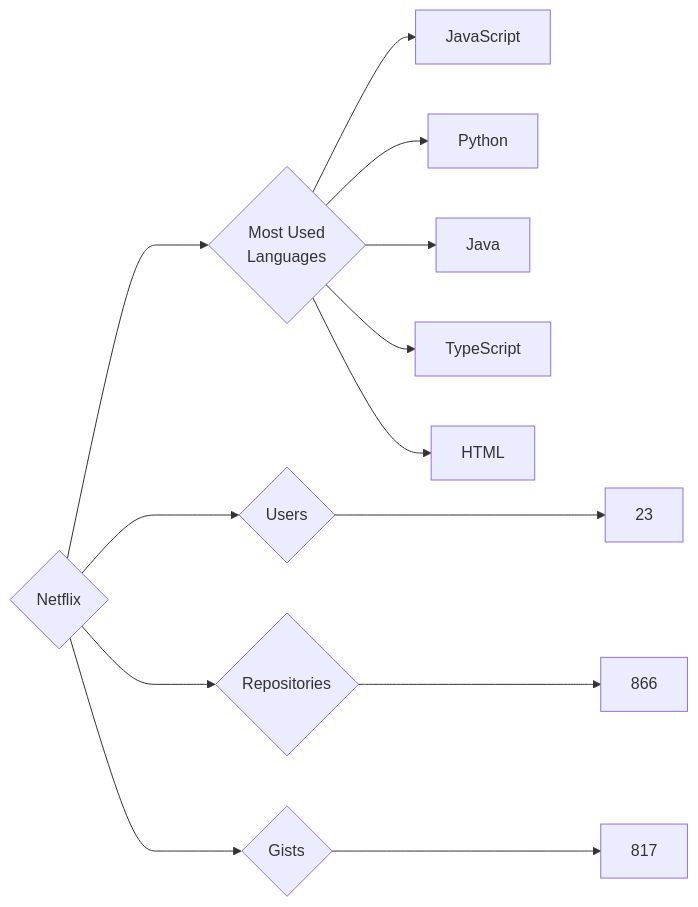
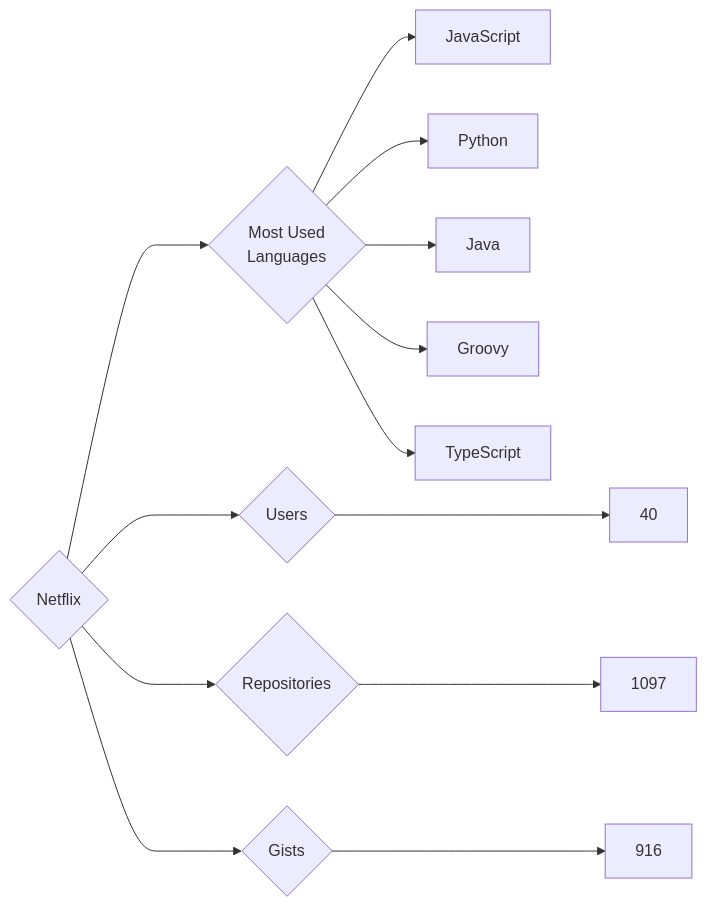
The diagram in targets/Netflix/README.md (trickest/insiders), drawn with Mermaid before and after one commit. The commit also changed 534 other files, not shown here.

````diff
--- a/targets/Netflix/README.md
+++ b/targets/Netflix/README.md
@@ -3,13 +3,13 @@
 ```mermaid
 graph LR
 COMPANY_NAME{Netflix}
-COMPANY_NAME ---> U{Users} ---> UN[23]
-COMPANY_NAME ---> R{Repositories} ---> RN[866]
-COMPANY_NAME ---> G{Gists} ---> GN[817]
+COMPANY_NAME ---> U{Users} ---> UN[40]
+COMPANY_NAME ---> R{Repositories} ---> RN[1097]
+COMPANY_NAME ---> G{Gists} ---> GN[916]
 COMPANY_NAME ---> ML{Most Used<br>Languages}
 ML --> JavaScript[JavaScript]
 ML --> Python[Python]
 ML --> Java[Java]
+ML --> Groovy[Groovy]
 ML --> TypeScript[TypeScript]
-ML --> HTML[HTML]
 ```
````
